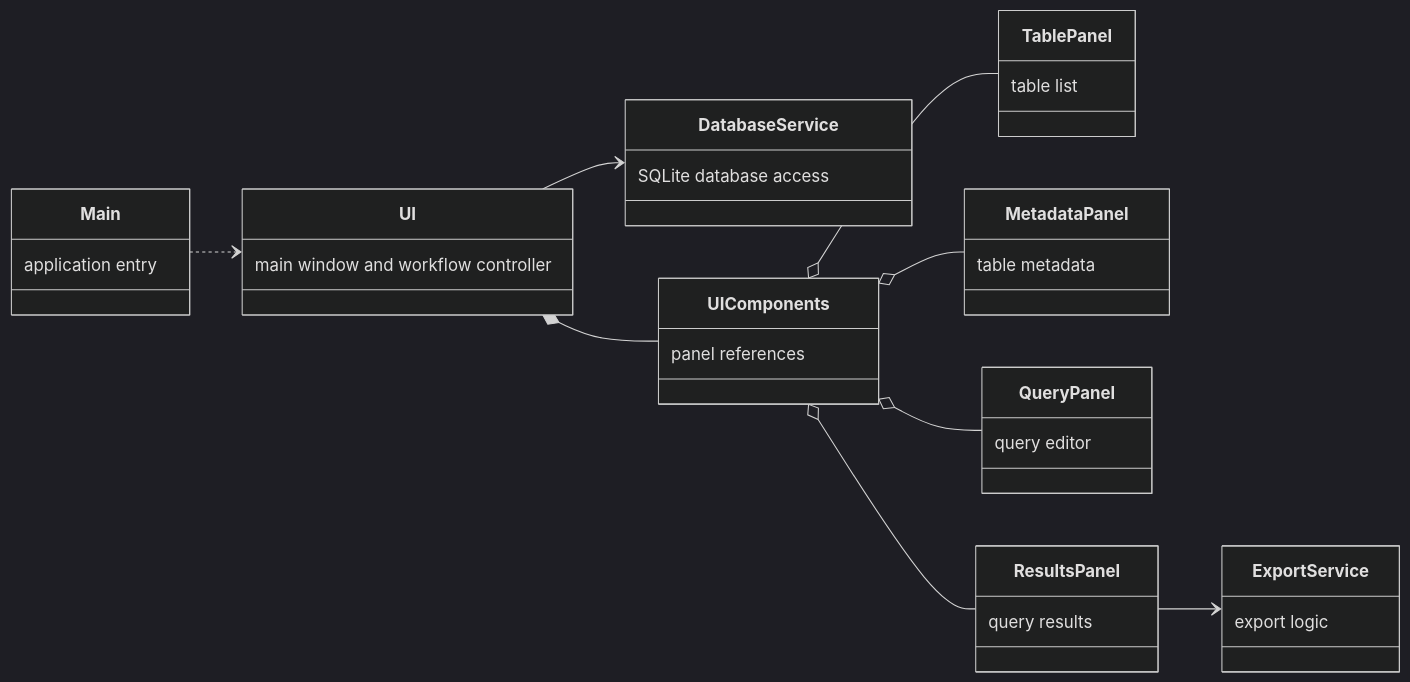
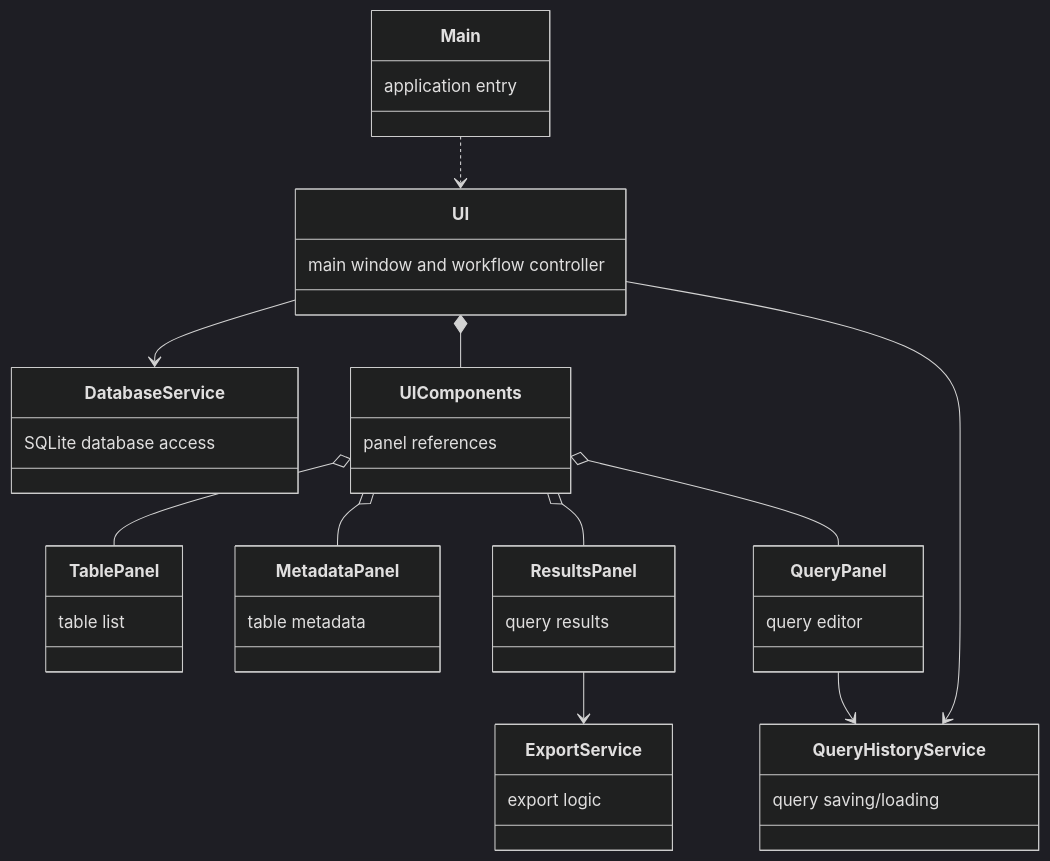
The first of 2 diagrams in db-utils/docs/architecture.md (kahkaar/ot-exercises), drawn with Mermaid (dark theme) before and after one commit. The commit also changed other lines of this file and 9 other files, not shown here.

````diff
--- a/db-utils/docs/architecture.md
+++ b/db-utils/docs/architecture.md
@@ -3,49 +31,54 @@
 ```mermaid
 classDiagram
-direction LR
 
 class Main {
   application entry
 }
 
 class UI {
   main window and workflow controller
 }
 
 class DatabaseService {
   SQLite database access
 }
 
 class ExportService {
   export logic
 }
 
 class TablePanel {
   table list
 }
 
 class MetadataPanel {
   table metadata
 }
 
 class QueryPanel {
   query editor
 }
 
 class ResultsPanel {
   query results
 }
 
+class QueryHistoryService {
+  query saving/loading
+}
+
 class UIComponents {
   panel references
 }
 
 Main ..> UI
 UI *-- UIComponents
 UI --> DatabaseService
+UI --> QueryHistoryService
 UIComponents o-- TablePanel
 UIComponents o-- MetadataPanel
 UIComponents o-- QueryPanel
 UIComponents o-- ResultsPanel
 ResultsPanel --> ExportService
+QueryPanel --> QueryHistoryService
 ```
````
